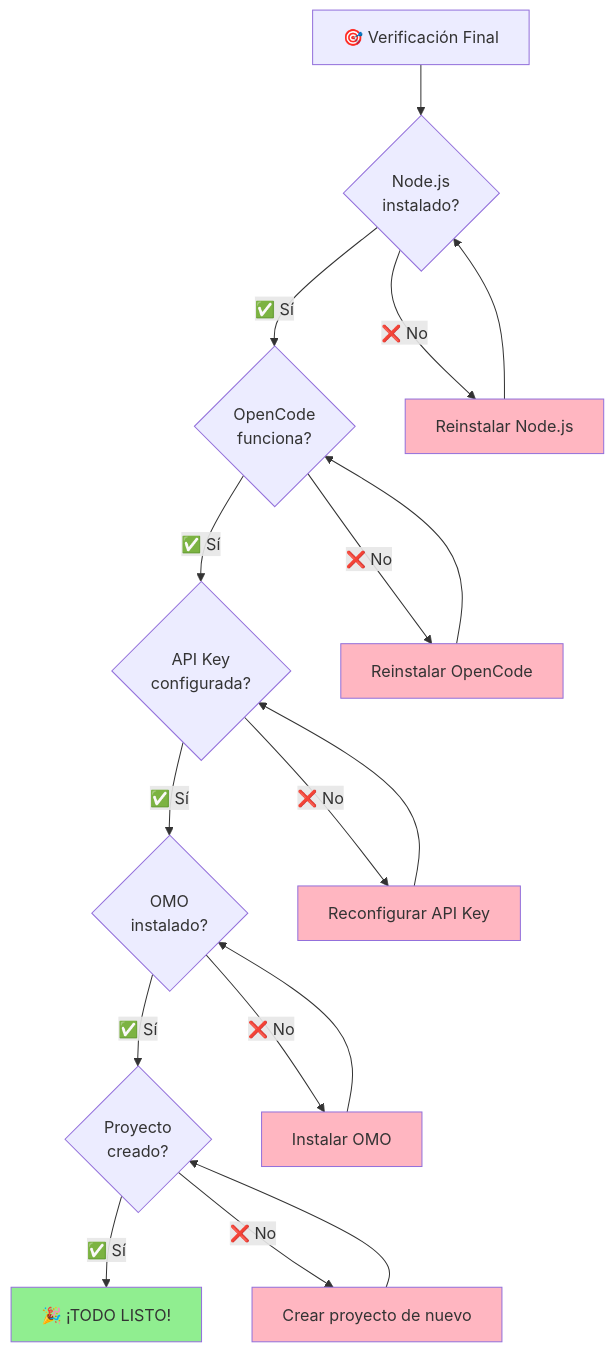
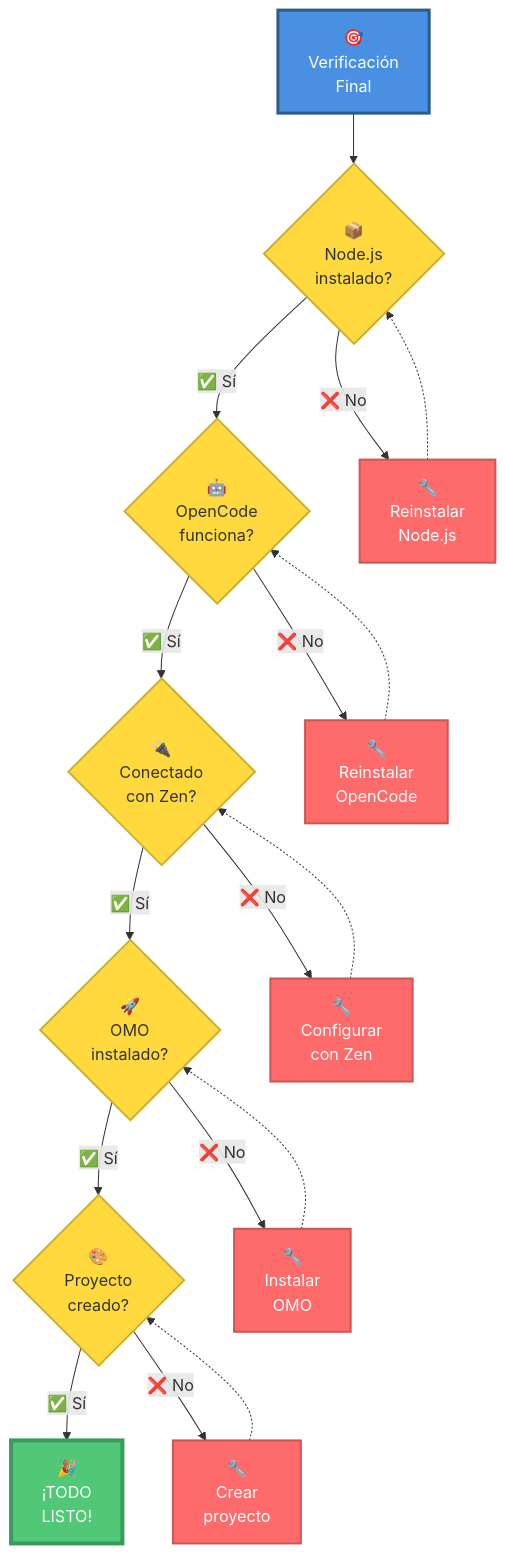
Before and after one commit to Ai-Whisperers/Courses-Content: the ninth of 12 diagrams in courses/🟡-development/FPUNA-2026/00-FUNDAMENTOS-PRINCIPALES/01-configuracion-stack-ia.md, drawn with Mermaid. The commit also changed other lines of this file, not shown here.

First line of the commit message:
Replace Claude/Anthropic with OpenCode+Zen and improve all Mermaid diagrams

````diff
--- a/courses/🟡-development/FPUNA-2026/00-FUNDAMENTOS-PRINCIPALES/01-configuracion-stack-ia.md
+++ b/courses/🟡-development/FPUNA-2026/00-FUNDAMENTOS-PRINCIPALES/01-configuracion-stack-ia.md
@@ -540,31 +554,37 @@
 ```mermaid
 flowchart TD
-    Start[🎯 Verificación Final] --> Check1{Node.js<br/>instalado?}
-    Check1 -->|✅ Sí| Check2{OpenCode<br/>funciona?}
-    Check1 -->|❌ No| Fix1[Reinstalar Node.js]
+    Start["🎯<br/>Verificación<br/>Final"] --> Check1{"📦<br/>Node.js<br/>instalado?"}
+    Check1 -->|"✅ Sí"| Check2{"🤖<br/>OpenCode<br/>funciona?"}
+    Check1 -->|"❌ No"| Fix1["🔧<br/>Reinstalar<br/>Node.js"]
     
-    Check2 -->|✅ Sí| Check3{API Key<br/>configurada?}
-    Check2 -->|❌ No| Fix2[Reinstalar OpenCode]
+    Check2 -->|"✅ Sí"| Check3{"🔌<br/>Conectado<br/>con Zen?"}
+    Check2 -->|"❌ No"| Fix2["🔧<br/>Reinstalar<br/>OpenCode"]
     
-    Check3 -->|✅ Sí| Check4{OMO<br/>instalado?}
-    Check3 -->|❌ No| Fix3[Reconfigurar API Key]
+    Check3 -->|"✅ Sí"| Check4{"🚀<br/>OMO<br/>instalado?"}
+    Check3 -->|"❌ No"| Fix3["🔧<br/>Configurar<br/>con Zen"]
     
-    Check4 -->|✅ Sí| Check5{Proyecto<br/>creado?}
-    Check4 -->|❌ No| Fix4[Instalar OMO]
+    Check4 -->|"✅ Sí"| Check5{"🎨<br/>Proyecto<br/>creado?"}
+    Check4 -->|"❌ No"| Fix4["🔧<br/>Instalar<br/>OMO"]
     
-    Check5 -->|✅ Sí| Success[🎉 ¡TODO LISTO!]
-    Check5 -->|❌ No| Fix5[Crear proyecto de nuevo]
+    Check5 -->|"✅ Sí"| Success["🎉<br/>¡TODO<br/>LISTO!"]
+    Check5 -->|"❌ No"| Fix5["🔧<br/>Crear<br/>proyecto"]
     
-    Fix1 --> Check1
-    Fix2 --> Check2
-    Fix3 --> Check3
-    Fix4 --> Check4
-    Fix5 --> Check5
+    Fix1 -.-> Check1
+    Fix2 -.-> Check2
+    Fix3 -.-> Check3
+    Fix4 -.-> Check4
+    Fix5 -.-> Check5
     
-    style Success fill:#90EE90
-    style Fix1 fill:#FFB6C1
-    style Fix2 fill:#FFB6C1
-    style Fix3 fill:#FFB6C1
-    style Fix4 fill:#FFB6C1
-    style Fix5 fill:#FFB6C1
+    style Start fill:#4A90E2,stroke:#2E5C8A,stroke-width:3px,color:#fff
+    style Success fill:#50C878,stroke:#3A9B5C,stroke-width:4px,color:#fff
+    style Fix1 fill:#FF6B6B,stroke:#CC5555,stroke-width:2px,color:#fff
+    style Fix2 fill:#FF6B6B,stroke:#CC5555,stroke-width:2px,color:#fff
+    style Fix3 fill:#FF6B6B,stroke:#CC5555,stroke-width:2px,color:#fff
+    style Fix4 fill:#FF6B6B,stroke:#CC5555,stroke-width:2px,color:#fff
+    style Fix5 fill:#FF6B6B,stroke:#CC5555,stroke-width:2px,color:#fff
+    style Check1 fill:#FFD93D,stroke:#CCB031,stroke-width:2px,color:#333
+    style Check2 fill:#FFD93D,stroke:#CCB031,stroke-width:2px,color:#333
+    style Check3 fill:#FFD93D,stroke:#CCB031,stroke-width:2px,color:#333
+    style Check4 fill:#FFD93D,stroke:#CCB031,stroke-width:2px,color:#333
+    style Check5 fill:#FFD93D,stroke:#CCB031,stroke-width:2px,color:#333
 ```
````
